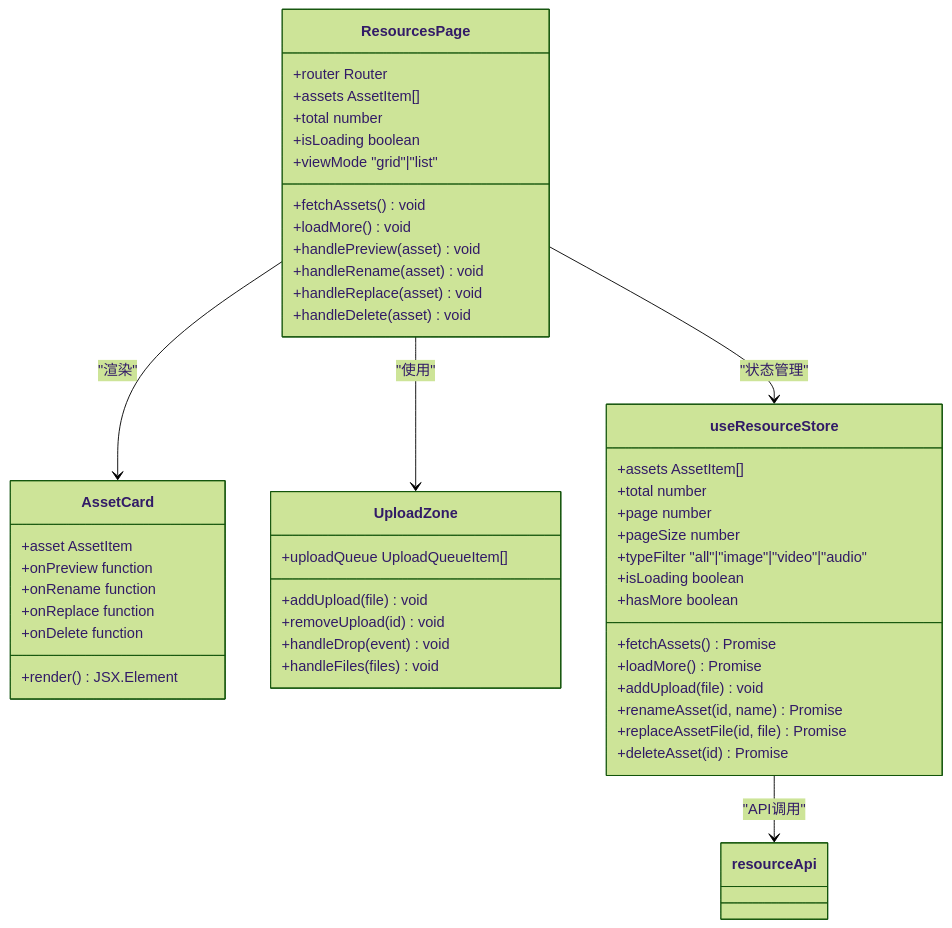
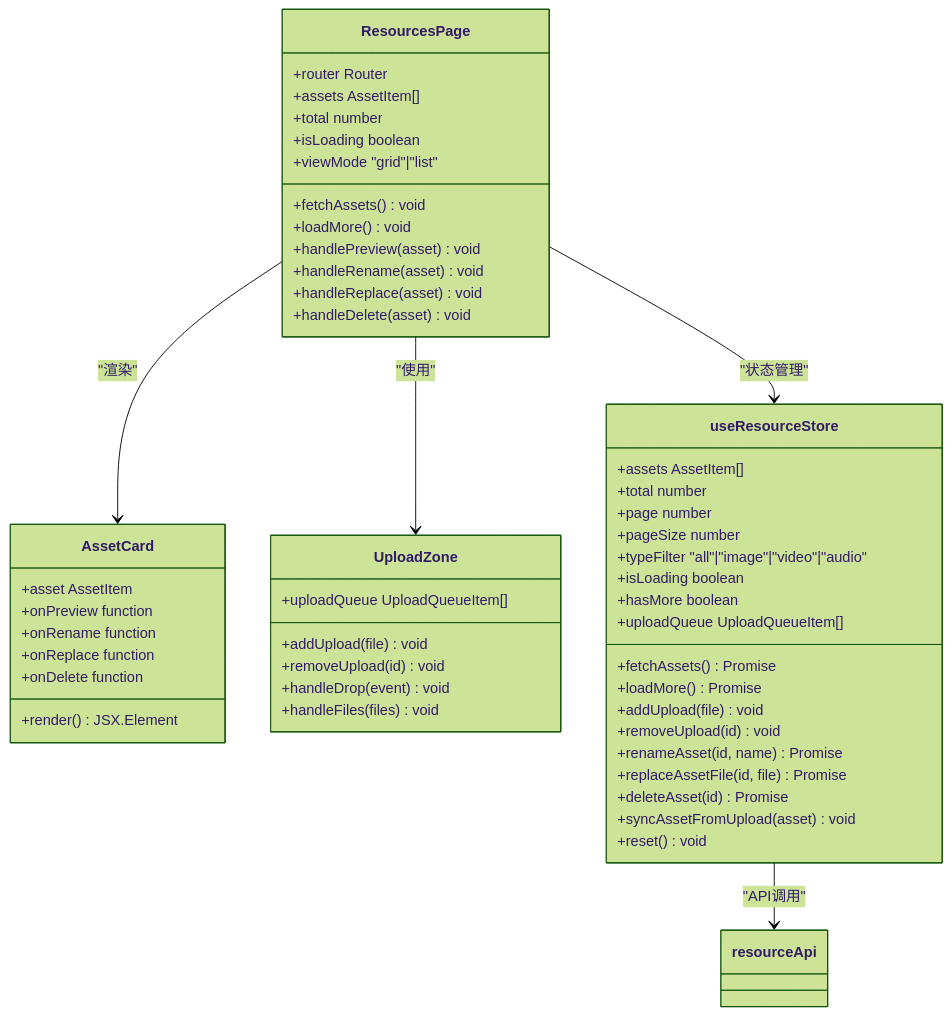
The seventh of 11 diagrams in .qoder/repowiki/zh/content/媒体生成系统/媒体文件管理/资源管理系统.md (KunLabAI/KunFlix), drawn with Mermaid (forest theme) before and after one commit. The commit also changed other lines of this file and 9 other files, not shown here.

````diff
--- a/.qoder/repowiki/zh/content/媒体生成系统/媒体文件管理/资源管理系统.md
+++ b/.qoder/repowiki/zh/content/媒体生成系统/媒体文件管理/资源管理系统.md
@@ -279,50 +357,54 @@
 ```mermaid
 classDiagram
 class ResourcesPage {
 +router Router
 +assets AssetItem[]
 +total number
 +isLoading boolean
 +viewMode "grid"|"list"
 +fetchAssets() void
 +loadMore() void
 +handlePreview(asset) void
 +handleRename(asset) void
 +handleReplace(asset) void
 +handleDelete(asset) void
 }
 class AssetCard {
 +asset AssetItem
 +onPreview function
 +onRename function
 +onReplace function
 +onDelete function
 +render() JSX.Element
 }
 class UploadZone {
 +uploadQueue UploadQueueItem[]
 +addUpload(file) void
 +removeUpload(id) void
 +handleDrop(event) void
 +handleFiles(files) void
 }
 class useResourceStore {
 +assets AssetItem[]
 +total number
 +page number
 +pageSize number
 +typeFilter "all"|"image"|"video"|"audio"
 +isLoading boolean
 +hasMore boolean
++uploadQueue UploadQueueItem[]
 +fetchAssets() Promise
 +loadMore() Promise
 +addUpload(file) void
++removeUpload(id) void
 +renameAsset(id, name) Promise
 +replaceAssetFile(id, file) Promise
 +deleteAsset(id) Promise
++syncAssetFromUpload(asset) void
++reset() void
 }
 ResourcesPage --> AssetCard : "渲染"
 ResourcesPage --> UploadZone : "使用"
 ResourcesPage --> useResourceStore : "状态管理"
 useResourceStore --> resourceApi : "API调用"
 ```
````
